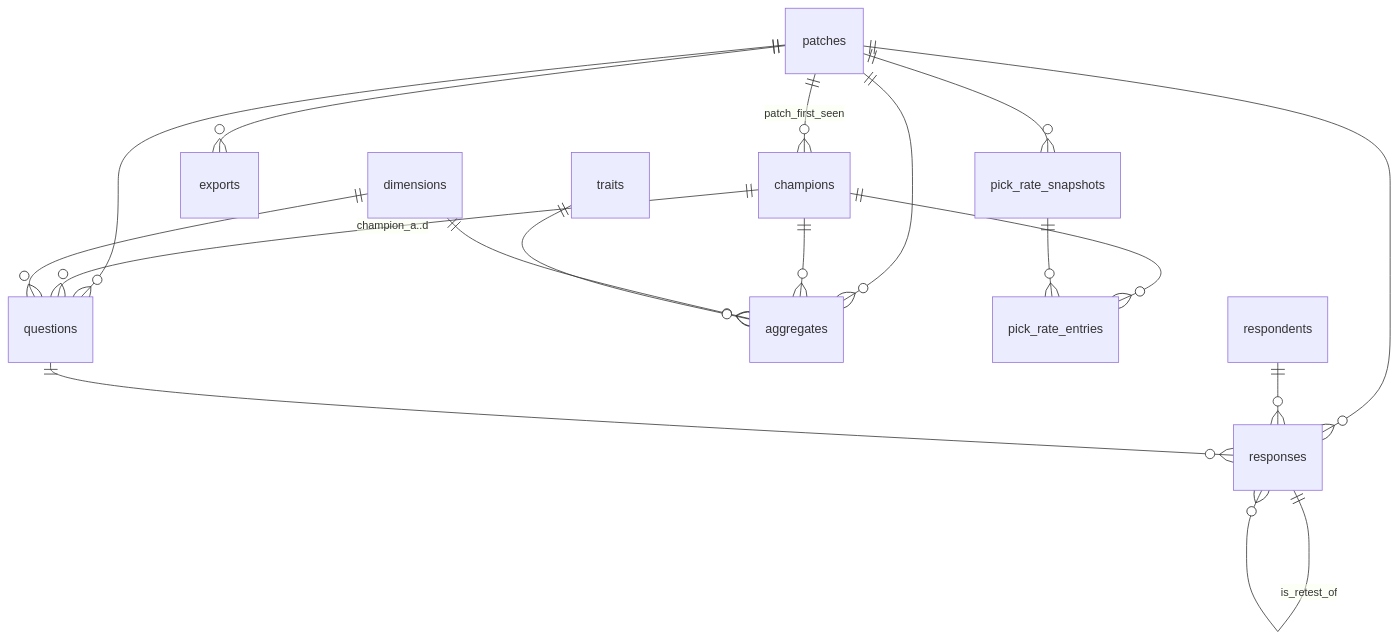
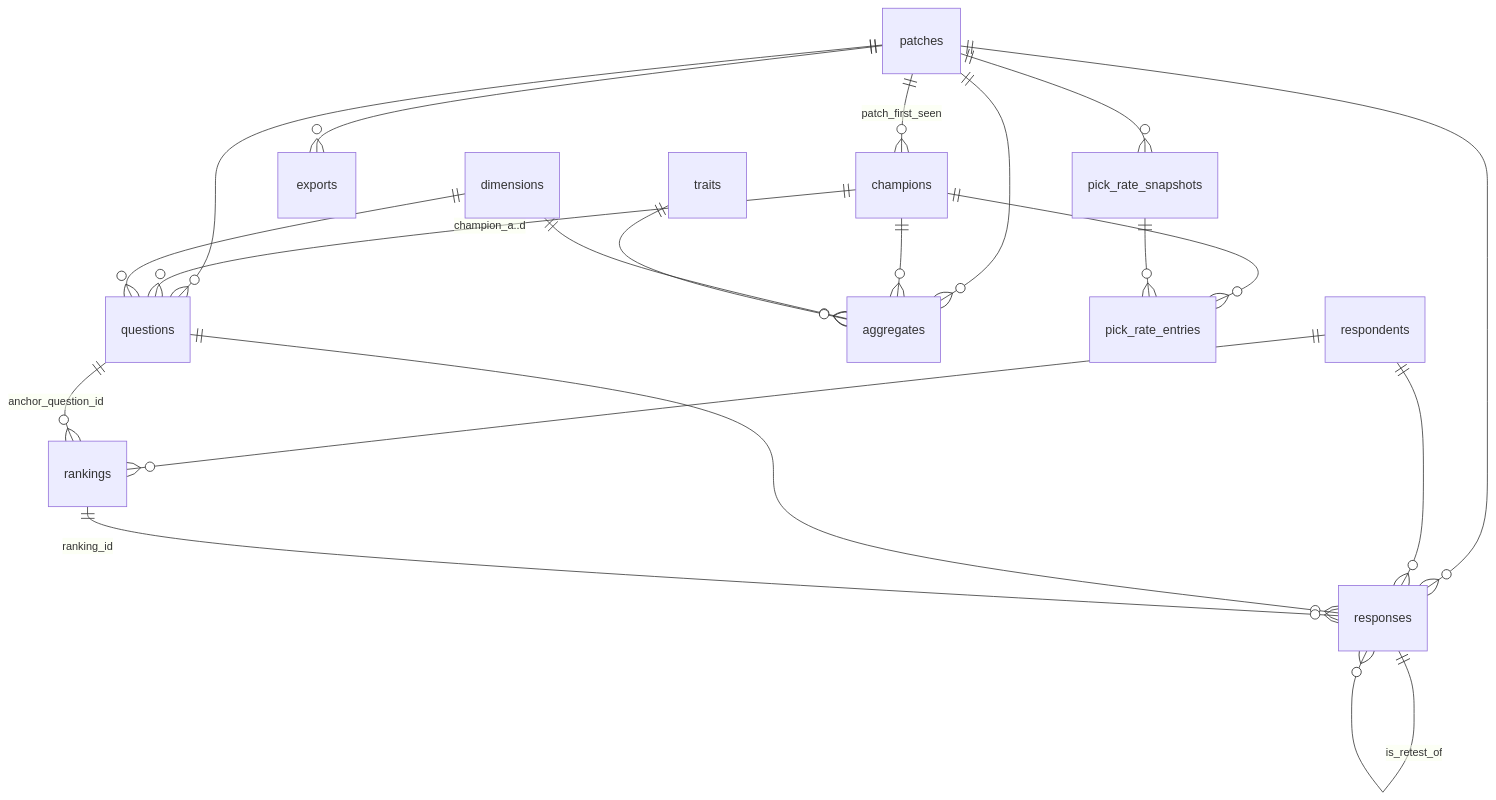
One commit to MatiasTelo/DraftSense changed the diagram in docs/11-modelo-de-datos.md. Above: the diagram before and after it, drawn with Mermaid. The commit also changed other lines of this file and 74 other files, not shown here.

````diff
--- a/docs/11-modelo-de-datos.md
+++ b/docs/11-modelo-de-datos.md
@@ -30,22 +34,25 @@
 ```mermaid
 erDiagram
     patches ||--o{ champions : "patch_first_seen"
     patches ||--o{ questions : ""
     patches ||--o{ responses : ""
     patches ||--o{ aggregates : ""
     patches ||--o{ exports : ""
     patches ||--o{ pick_rate_snapshots : ""
 
     champions ||--o{ questions : "champion_a..d"
     champions ||--o{ aggregates : ""
     champions ||--o{ pick_rate_entries : ""
     pick_rate_snapshots ||--o{ pick_rate_entries : ""
 
     dimensions ||--o{ questions : ""
     dimensions ||--o{ aggregates : ""
     traits ||--o{ aggregates : ""
 
     respondents ||--o{ responses : ""
     questions ||--o{ responses : ""
     responses ||--o{ responses : "is_retest_of"
+    respondents ||--o{ rankings : ""
+    questions ||--o{ rankings : "anchor_question_id"
+    rankings ||--o{ responses : "ranking_id"
 ```
````
